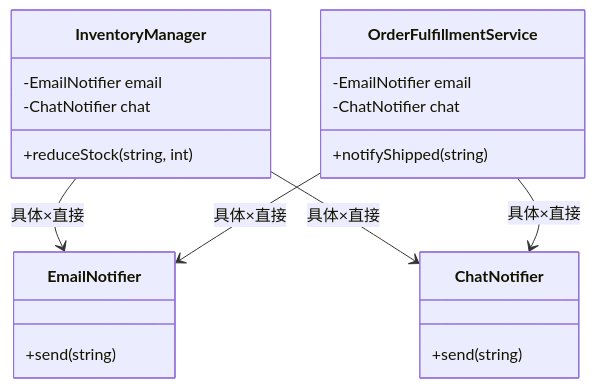
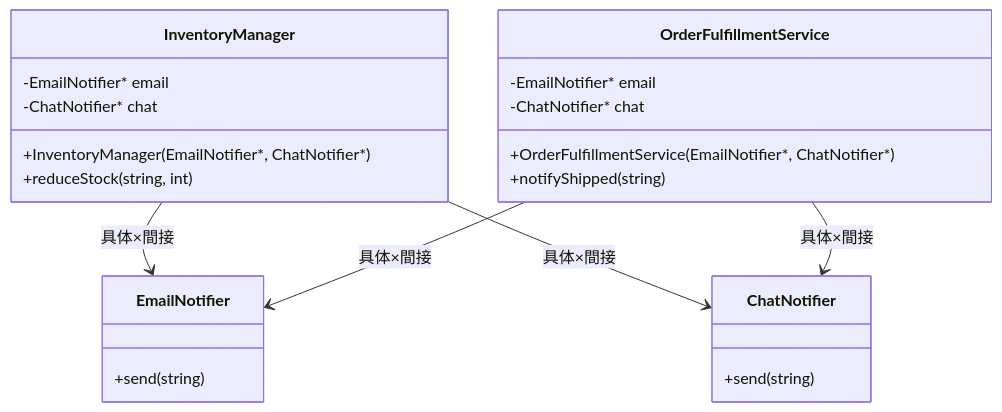
Before and after one commit to kumachan1101-pixel/DesignPattern: the fifth of 10 diagrams in kindle/design-patterns/output/chapter07.md, drawn with Mermaid. The commit also changed other lines of this file and 12 other files, not shown here.

````diff
--- a/kindle/design-patterns/output/chapter07.md
+++ b/kindle/design-patterns/output/chapter07.md
@@ -591,23 +614,25 @@
 ```mermaid
 classDiagram
     class InventoryManager {
-        -EmailNotifier email
-        -ChatNotifier chat
+        -EmailNotifier* email
+        -ChatNotifier* chat
+        +InventoryManager(EmailNotifier*, ChatNotifier*)
         +reduceStock(string, int)
     }
     class OrderFulfillmentService {
-        -EmailNotifier email
-        -ChatNotifier chat
+        -EmailNotifier* email
+        -ChatNotifier* chat
+        +OrderFulfillmentService(EmailNotifier*, ChatNotifier*)
         +notifyShipped(string)
     }
     class EmailNotifier {
         +send(string)
     }
     class ChatNotifier {
         +send(string)
     }
-    InventoryManager --> EmailNotifier : 具体×直接
-    InventoryManager --> ChatNotifier : 具体×直接
-    OrderFulfillmentService --> EmailNotifier : 具体×直接
-    OrderFulfillmentService --> ChatNotifier : 具体×直接
+    InventoryManager --> EmailNotifier : 具体×間接
+    InventoryManager --> ChatNotifier : 具体×間接
+    OrderFulfillmentService --> EmailNotifier : 具体×間接
+    OrderFulfillmentService --> ChatNotifier : 具体×間接
 ```
````
